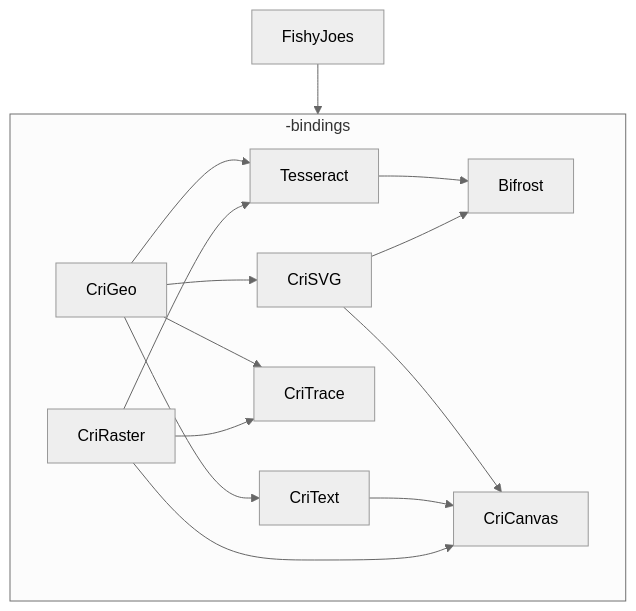
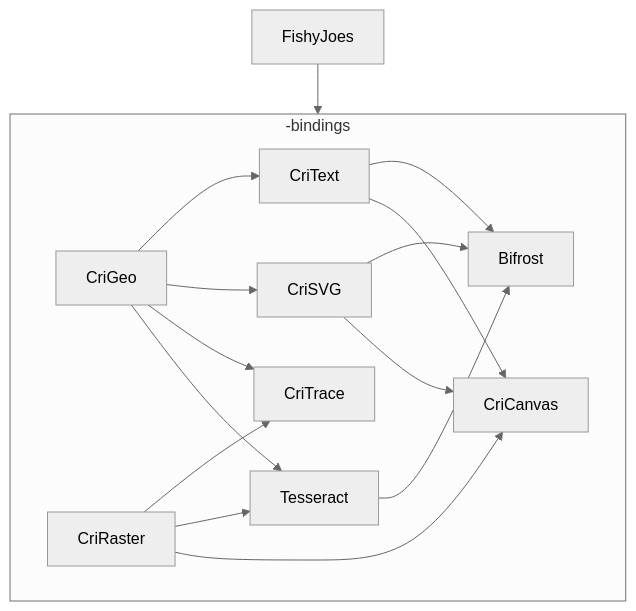
Before and after one commit to cricut/FishyJoes: the diagram in documentation/downstream-repo-dependencies.md, drawn with Mermaid (neutral theme).

````diff
--- a/documentation/downstream-repo-dependencies.md
+++ b/documentation/downstream-repo-dependencies.md
@@ -1,13 +1,13 @@
 ```mermaid
 graph TD;
 FishyJoes --> -bindings;
 subgraph -bindings
 CriGeo --> CriText;
 CriGeo --> CriSVG;
 CriGeo & CriRaster --> CriTrace;
 CriGeo & CriRaster  --> Tesseract;
-Tesseract & CriSVG --> Bifrost;
+Tesseract & CriSVG & CriText --> Bifrost;
 CriSVG --> CriCanvas;
 CriText & CriRaster --> CriCanvas;
 end
 ```
````
